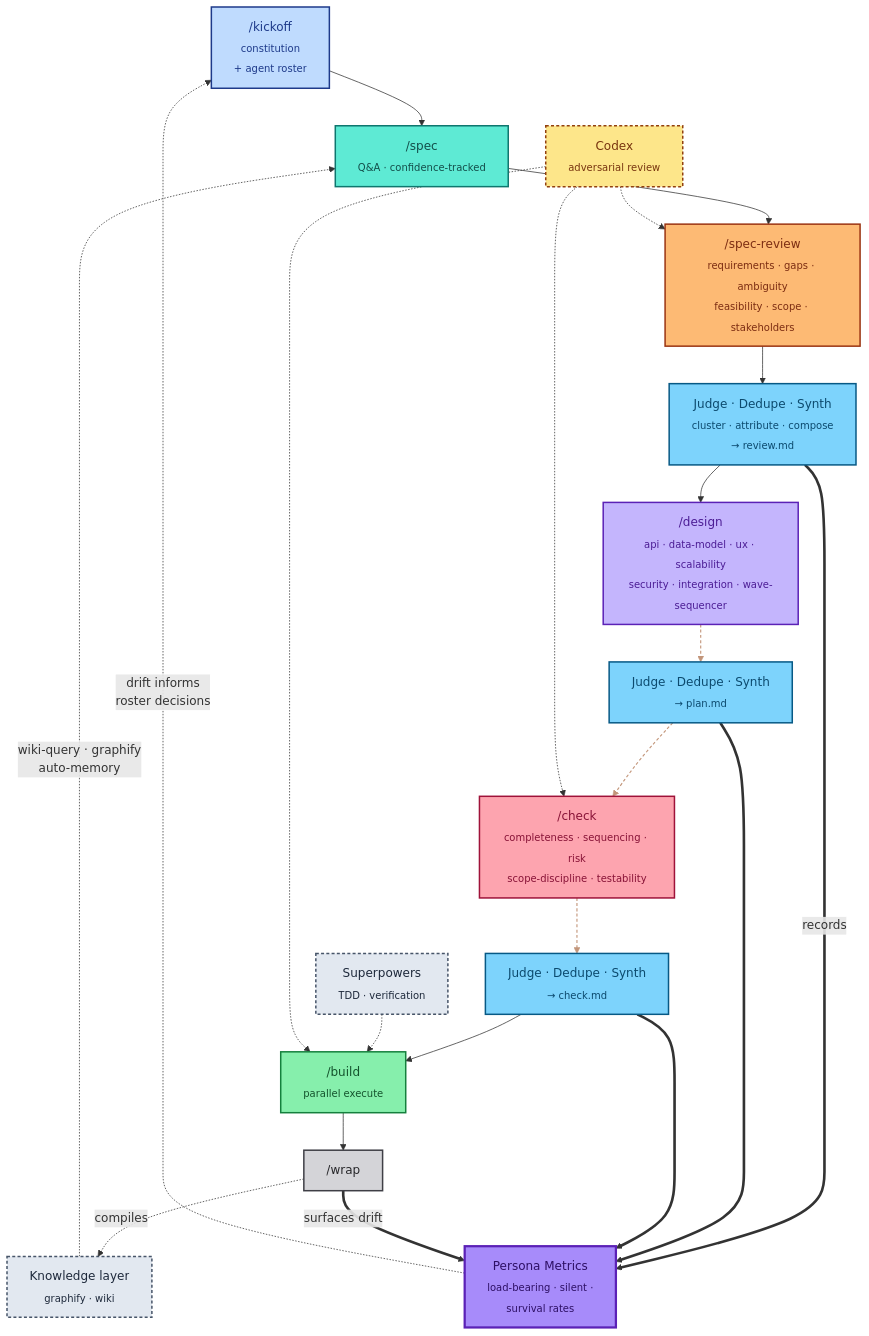
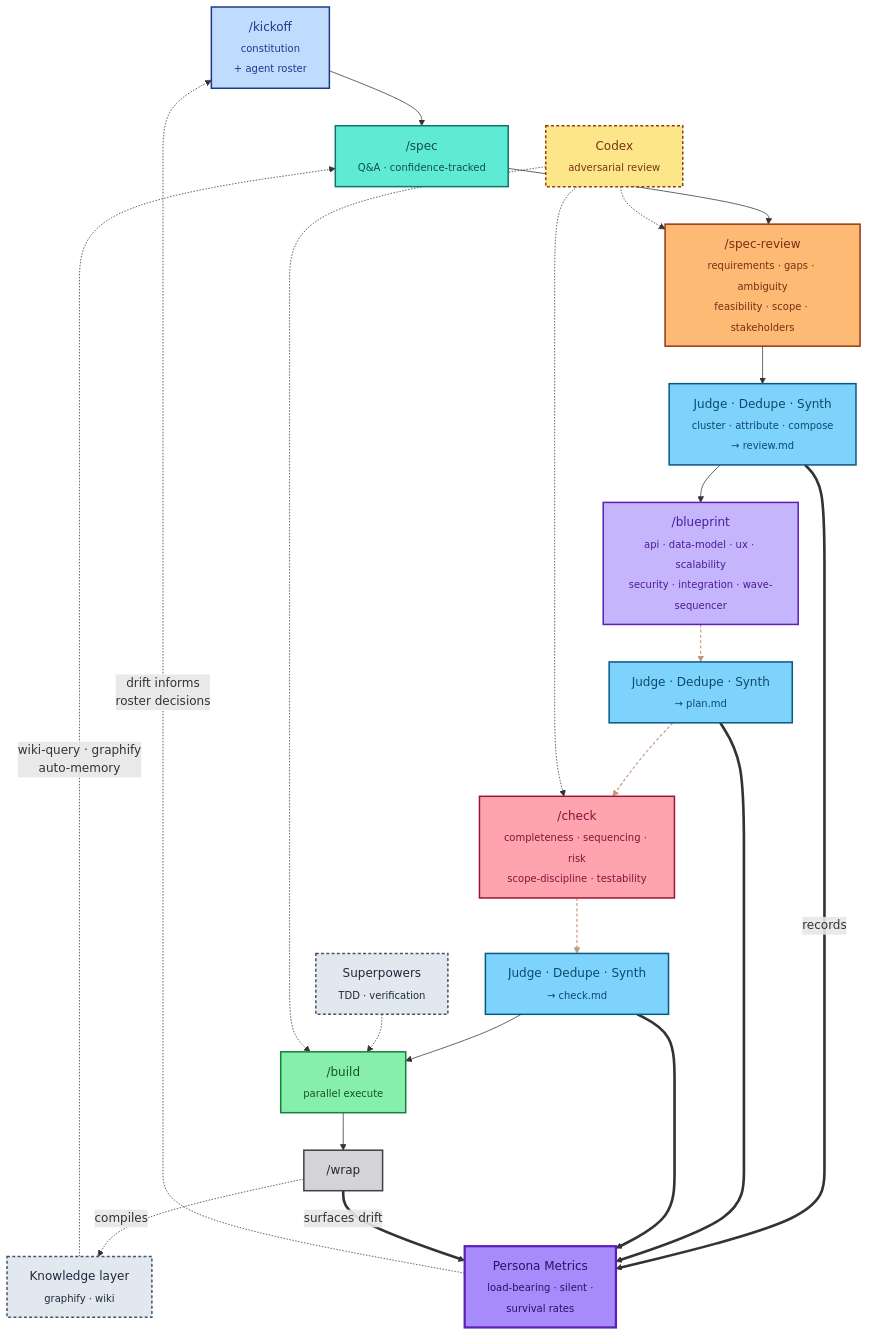
One commit to Jstottlemyer/MonsterFlow changed the first of 2 diagrams in README.md. Above: the diagram before and after it, drawn with Mermaid. The commit also changed other lines of this file and 15 other files, not shown here.

First line of the commit message:
rename(slash command): /design → /blueprint (#15)

````diff
--- a/README.md
+++ b/README.md
@@ -31,47 +31,47 @@
 ```mermaid
 flowchart TD
     K["/kickoff<br/><sub>constitution<br/>+ agent roster</sub>"]:::setup
     S["/spec<br/><sub>Q&A · confidence-tracked</sub>"]:::define
     SR["/spec-review<br/><sub>requirements · gaps · ambiguity<br/>feasibility · scope · stakeholders</sub>"]:::review
     JS1["Judge · Dedupe · Synth<br/><sub>cluster · attribute · compose<br/>→ review.md</sub>"]:::synth
-    P["/design<br/><sub>api · data-model · ux · scalability<br/>security · integration · wave-sequencer</sub>"]:::plan
+    P["/blueprint<br/><sub>api · data-model · ux · scalability<br/>security · integration · wave-sequencer</sub>"]:::plan
     JS2["Judge · Dedupe · Synth<br/><sub>→ plan.md</sub>"]:::synth
     C["/check<br/><sub>completeness · sequencing · risk<br/>scope-discipline · testability</sub>"]:::gate
     JS3["Judge · Dedupe · Synth<br/><sub>→ check.md</sub>"]:::synth
     B["/build<br/><sub>parallel execute</sub>"]:::execute
     W["/wrap"]:::wrap
 
     K --> S --> SR --> JS1 --> P --> JS2 --> C --> JS3 --> B --> W
 
     SP["Superpowers<br/><sub>TDD · verification</sub>"]:::side
     CX["Codex<br/><sub>adversarial review</sub>"]:::accent
     KL["Knowledge layer<br/><sub>graphify · wiki</sub>"]:::side
     PM["Persona Metrics<br/><sub>load-bearing · silent ·<br/>survival rates</sub>"]:::metrics
 
     SP -.-> B
     CX -.-> SR
     CX -.-> C
     CX -.-> B
     W -. compiles .-> KL
     JS1 ==records==> PM
     JS2 ==> PM
     JS3 ==> PM
     W ==surfaces drift==> PM
 
     KL -. "wiki-query · graphify<br/>auto-memory" .-> S
     PM -. "drift informs<br/>roster decisions" .-> K
 
     linkStyle 4,5,6 stroke:#92400e,stroke-width:1.5px,stroke-dasharray:4 3,opacity:0.55
 
     classDef setup fill:#bfdbfe,stroke:#1e3a8a,color:#1e3a8a,stroke-width:2px
     classDef define fill:#5eead4,stroke:#0f766e,color:#134e4a,stroke-width:2px
     classDef review fill:#fdba74,stroke:#9a3412,color:#7c2d12,stroke-width:2px
     classDef plan fill:#c4b5fd,stroke:#5b21b6,color:#4c1d95,stroke-width:2px
     classDef gate fill:#fda4af,stroke:#9f1239,color:#881337,stroke-width:2px
     classDef execute fill:#86efac,stroke:#15803d,color:#14532d,stroke-width:2px
     classDef wrap fill:#d4d4d8,stroke:#3f3f46,color:#27272a,stroke-width:2px
     classDef synth fill:#7dd3fc,stroke:#075985,color:#0c4a6e,stroke-width:2px
     classDef side fill:#e2e8f0,stroke:#475569,color:#1e293b,stroke-width:2px,stroke-dasharray: 4 3
     classDef accent fill:#fde68a,stroke:#92400e,color:#78350f,stroke-width:2px,stroke-dasharray: 4 3
     classDef metrics fill:#a78bfa,stroke:#5b21b6,color:#2e1065,stroke-width:3px
 ```
````
